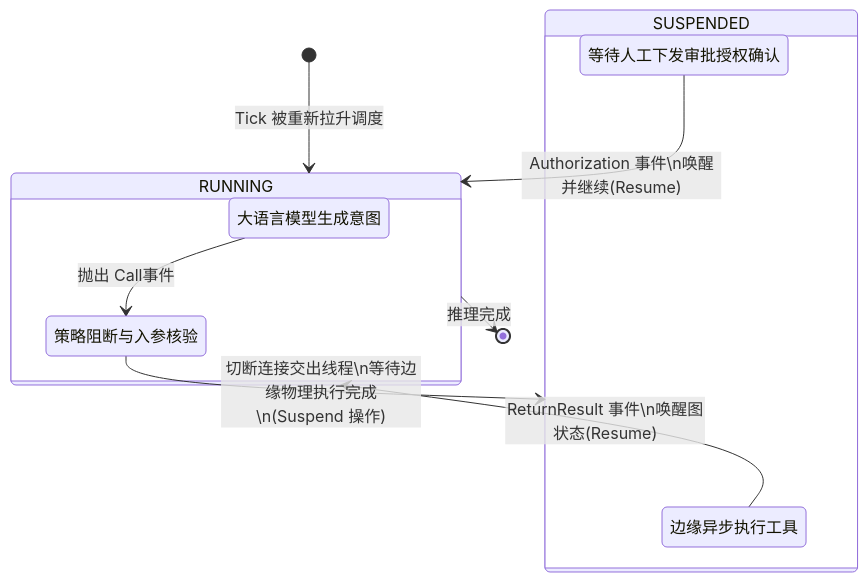
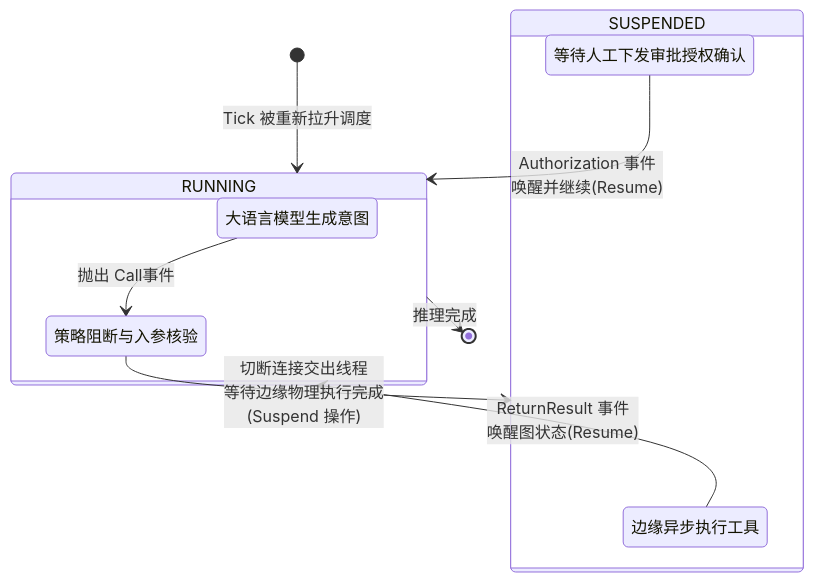
The diagram in 10_agent_loop/10.4_tool_execution.md (yeasy/openclaw_guide), drawn with Mermaid before and after one commit. The commit also changed other lines of this file and 19 other files, not shown here.

````diff
--- a/10_agent_loop/10.4_tool_execution.md
+++ b/10_agent_loop/10.4_tool_execution.md
@@ -19,22 +19,22 @@
 ```mermaid
 stateDiagram-v2
     [*] --> RUNNING: Tick 被重新拉升调度
 
     state RUNNING {
       ModelThinking: 大语言模型生成意图
       PolicyAudit: 策略阻断与入参核验
       ModelThinking --> PolicyAudit: 抛出 Call事件
     }
     
-    PolicyAudit --> SUSPENDED: 切断连接交出线程\n等待边缘物理执行完成\n(Suspend 操作)
-    
+    PolicyAudit --> SUSPENDED: 切断连接交出线程<br/>等待边缘物理执行完成<br/>(Suspend 操作)
+
     state SUSPENDED {
       WaitTool: 边缘异步执行工具
       WaitHuman: 等待人工下发审批授权确认
     }
 
-    WaitTool --> RUNNING: ReturnResult 事件\n唤醒图状态(Resume)
-    WaitHuman --> RUNNING: Authorization 事件\n唤醒并继续(Resume)
+    WaitTool --> RUNNING: ReturnResult 事件<br/>唤醒图状态(Resume)
+    WaitHuman --> RUNNING: Authorization 事件<br/>唤醒并继续(Resume)
     
     RUNNING --> [*]: 推理完成
 ```
````
